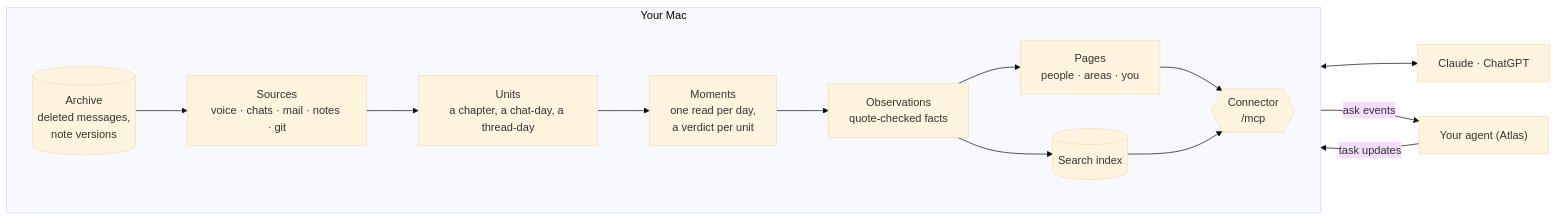
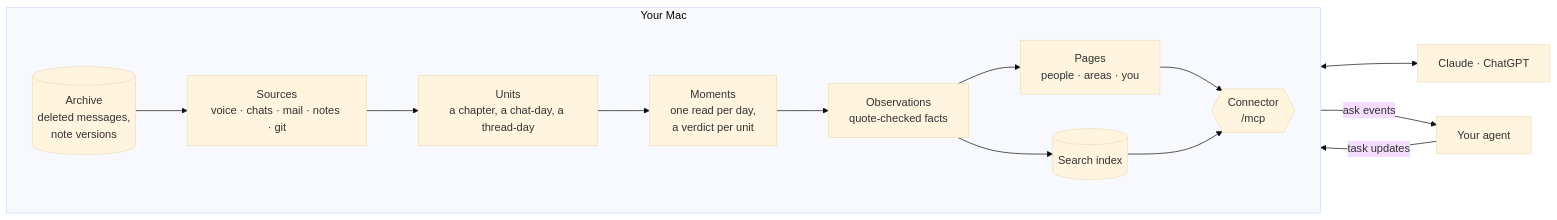
One commit to eric-edouard/life changed the diagram in README.md. Above: the diagram before and after it, drawn with Mermaid (base theme). The commit also changed other lines of this file and 16 other files, not shown here.

Commit message:
Docs: the agent, never its owner's name for it; docs/atlas.md is docs/agent-protocol.md, the bench prompt agent-bench.v1

````diff
--- a/README.md
+++ b/README.md
@@ -49,17 +49,17 @@
 ```mermaid
 flowchart LR
   subgraph Mac["Your Mac"]
     direction LR
     S["Sources<br/>voice · chats · mail · notes · git"] --> U["Units<br/>a chapter, a chat-day, a thread-day"]
     U --> M["Moments<br/>one read per day,<br/>a verdict per unit"]
     M --> O["Observations<br/>quote-checked facts"]
     O --> P["Pages<br/>people · areas · you"]
     O --> I[("Search index")]
     A[("Archive<br/>deleted messages,<br/>note versions")] --> S
     P --> C{{"Connector<br/>/mcp"}}
     I --> C
   end
   C <--> AI["Claude · ChatGPT"]
-  C -- "ask events" --> AG["Your agent (Atlas)"]
+  C -- "ask events" --> AG["Your agent"]
   AG -- "task updates" --> C
 ```
````
